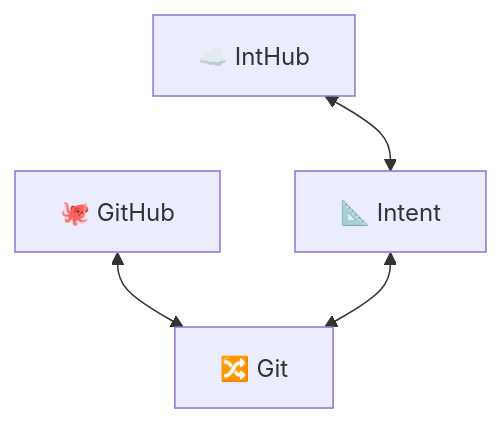
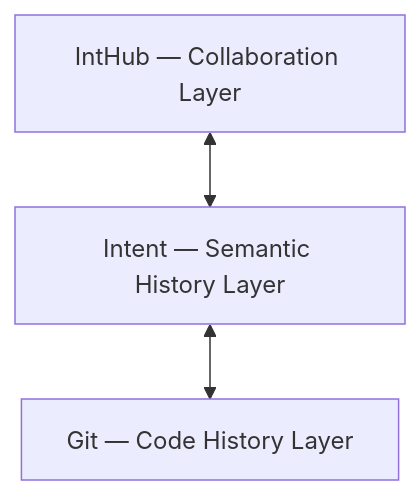
One commit to dozybot001/Intent changed the third of 3 diagrams in README.md. Above: the diagram before and after it, drawn with Mermaid. The commit also changed 3 other files, not shown here.

First line of the commit message:
Simplify stack diagram: remove GitHub, remove emoji icons

````diff
--- a/README.md
+++ b/README.md
@@ -83,7 +83,7 @@
 ```mermaid
 flowchart TB
-  Hub["☁️ IntHub"] ~~~ GH["🐙 GitHub"]
-  Hub <--> Intent["📐 Intent"]
-  GH <--> Git["🔀 Git"]
-  Intent <--> Git
+  Hub["IntHub — Collaboration Layer"]
+  Intent["Intent — Semantic History Layer"]
+  Git["Git — Code History Layer"]
+  Hub <--> Intent <--> Git
 ```
````
